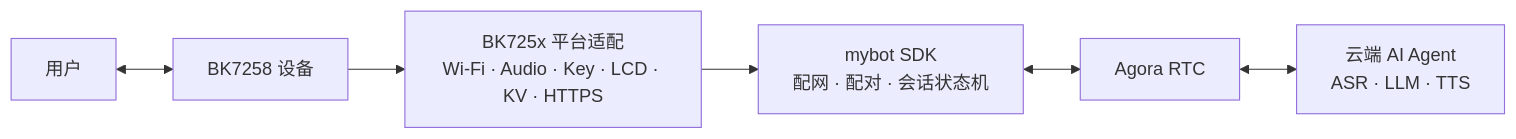
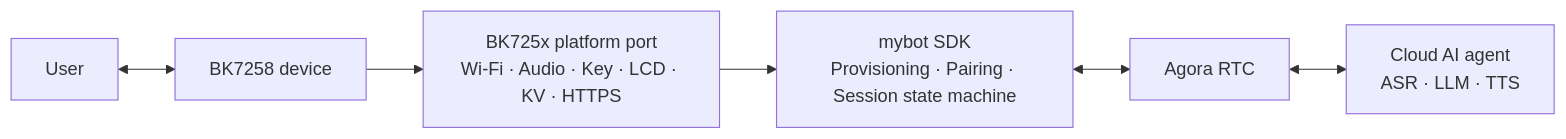
Before and after one commit to junlon2006/mybot-bk7258: the diagram in README.md, drawn with Mermaid. The commit also changed other lines of this file and 2 other files, not shown here.

````diff
--- a/README.md
+++ b/README.md
@@ -38,8 +43,8 @@
 ```mermaid
 flowchart LR
-    user["用户"] <--> device["BK7258 设备"]
-    device --> platform["BK725x 平台适配<br/>Wi-Fi · Audio · Key · LCD · KV · HTTPS"]
-    platform --> core["mybot SDK<br/>配网 · 配对 · 会话状态机"]
+    user["User"] <--> device["BK7258 device"]
+    device --> platform["BK725x platform port<br/>Wi-Fi · Audio · Key · LCD · KV · HTTPS"]
+    platform --> core["mybot SDK<br/>Provisioning · Pairing · Session state machine"]
     core <--> rtc["Agora RTC"]
-    rtc <--> agent["云端 AI Agent<br/>ASR · LLM · TTS"]
+    rtc <--> agent["Cloud AI agent<br/>ASR · LLM · TTS"]
 ```
````
